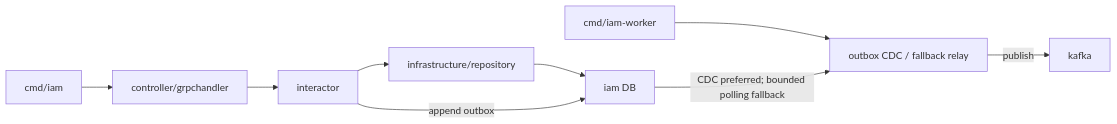
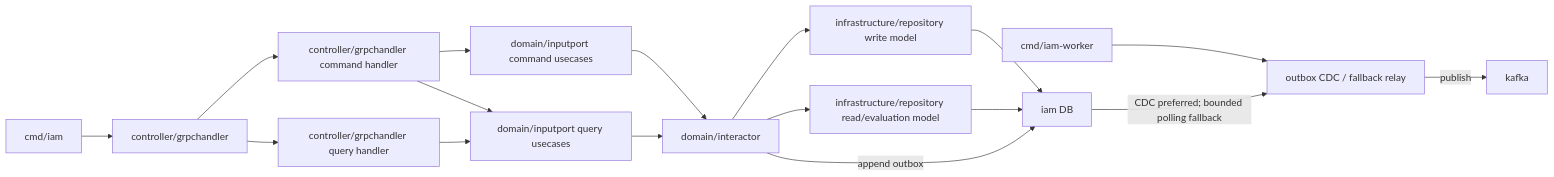
One commit to tuannm99/podzone changed the second of 8 diagrams in docs/architecture/modules.md. Above: the diagram before and after it, drawn with Mermaid. The commit also changed other lines of this file and 85 other files, not shown here.

````diff
--- a/docs/architecture/modules.md
+++ b/docs/architecture/modules.md
@@ -44,20 +44,33 @@
 ```mermaid
 flowchart LR
     IAMServer["controller/grpchandler"]
-    IAMInteractor["interactor"]
-    IAMRepo["infrastructure/repository"]
+    IAMCommandHandler["controller/grpchandler command handler"]
+    IAMQueryHandler["controller/grpchandler query handler"]
+    IAMCommand["domain/inputport command usecases"]
+    IAMQuery["domain/inputport query usecases"]
+    IAMInteractor["domain/interactor"]
+    IAMWriteRepo["infrastructure/repository write model"]
+    IAMReadRepo["infrastructure/repository read/evaluation model"]
     EventRelay["outbox CDC / fallback relay"]
     IAMAPI["cmd/iam"]
     IAMWorker["cmd/iam-worker"]
     IAMDB["iam DB"]
     Kafka["kafka"]
 
     IAMAPI --> IAMServer
-    IAMServer --> IAMInteractor
-    IAMInteractor --> IAMRepo
-    IAMRepo --> IAMDB
+    IAMServer --> IAMCommandHandler
+    IAMServer --> IAMQueryHandler
+    IAMCommandHandler --> IAMCommand
+    IAMCommandHandler --> IAMQuery
+    IAMQueryHandler --> IAMQuery
+    IAMCommand --> IAMInteractor
+    IAMQuery --> IAMInteractor
+    IAMInteractor --> IAMWriteRepo
+    IAMInteractor --> IAMReadRepo
+    IAMWriteRepo --> IAMDB
+    IAMReadRepo --> IAMDB
     IAMWorker --> EventRelay
     IAMInteractor -->|"append outbox"| IAMDB
     IAMDB -->|"CDC preferred; bounded polling fallback"| EventRelay
     EventRelay -->|"publish"| Kafka
 ```
````
